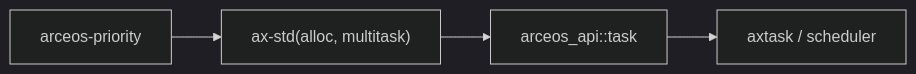
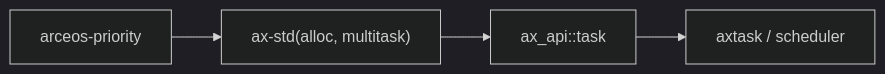
Before and after one commit to zKurisu/tgoskits: the second of 2 diagrams in docs/crates/arceos-priority.md, drawn with Mermaid (dark theme). The commit also changed other lines of this file and 61 other files, not shown here.

Commit message:
rename arceos_api to ax-api

````diff
--- a/docs/crates/arceos-priority.md
+++ b/docs/crates/arceos-priority.md
@@ -79,6 +79,6 @@
 ```mermaid
 graph LR
     test["arceos-priority"] --> ax-std["ax-std(alloc, multitask)"]
-    ax-std --> arceos_api["arceos_api::task"]
-    arceos_api --> axtask["axtask / scheduler"]
+    ax-std --> ax-api["ax_api::task"]
+    ax-api --> axtask["axtask / scheduler"]
 ```
````
